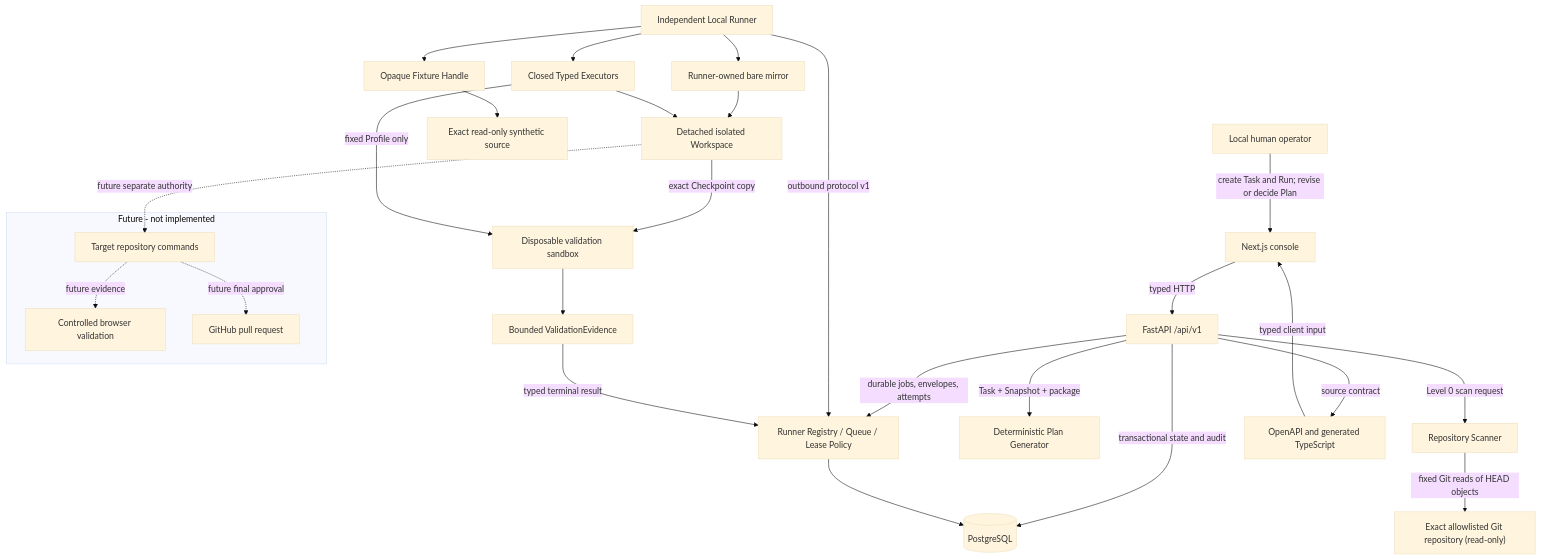
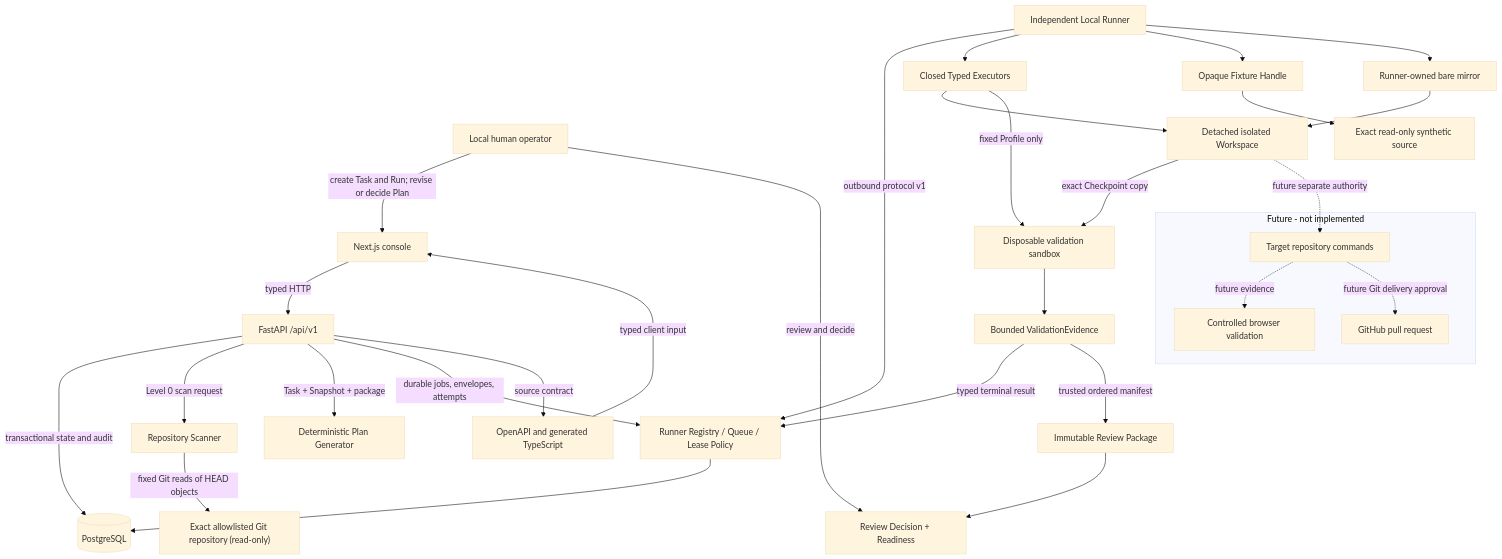
Before and after one commit to dankk0220abc-prog/visual-engineer: the first of 6 diagrams in docs/architecture/system-overview.md, drawn with Mermaid (base theme). The commit also changed other lines of this file and 38 other files, not shown here.

Commit message:
feat(review): add governed final review and readiness

````diff
--- a/docs/architecture/system-overview.md
+++ b/docs/architecture/system-overview.md
@@ -8,52 +9,57 @@
 ```mermaid
 flowchart TB
     H["Local human operator"]
     W["Next.js console"]
     A["FastAPI /api/v1"]
     D[("PostgreSQL")]
     S["Repository Scanner"]
     R["Exact allowlisted Git repository (read-only)"]
     P["Deterministic Plan Generator"]
     Q["Runner Registry / Queue / Lease Policy"]
     LR["Independent Local Runner"]
     E["Closed Typed Executors"]
     HND["Opaque Fixture Handle"]
     SRC["Exact read-only synthetic source"]
     M["Runner-owned bare mirror"]
     IW["Detached isolated Workspace"]
     VS["Disposable validation sandbox"]
     VE["Bounded ValidationEvidence"]
+    RP["Immutable Review Package"]
+    RD["Review Decision + Readiness"]
     O["OpenAPI and generated TypeScript"]
 
     H -->|"create Task and Run; revise or decide Plan"| W
     W -->|"typed HTTP"| A
     A -->|"transactional state and audit"| D
     A -->|"Level 0 scan request"| S
     S -->|"fixed Git reads of HEAD objects"| R
     A -->|"Task + Snapshot + package"| P
     A -->|"durable jobs, envelopes, attempts"| Q
     Q --> D
     LR -->|"outbound protocol v1"| Q
     LR --> E
     LR --> HND
     HND --> SRC
     LR --> M
     M --> IW
     E --> IW
     IW -->|"exact Checkpoint copy"| VS
     E -->|"fixed Profile only"| VS
     VS --> VE
     VE -->|"typed terminal result"| Q
+    VE -->|"trusted ordered manifest"| RP
+    H -->|"review and decide"| RD
+    RP --> RD
     A -->|"source contract"| O
     O -->|"typed client input"| W
 
     subgraph Future["Future - not implemented"]
         B["Controlled browser validation"]
         G["GitHub pull request"]
         C["Target repository commands"]
     end
 
     IW -. "future separate authority" .-> C
     C -. "future evidence" .-> B
-    C -. "future final approval" .-> G
+    C -. "future Git delivery approval" .-> G
 ```
````
